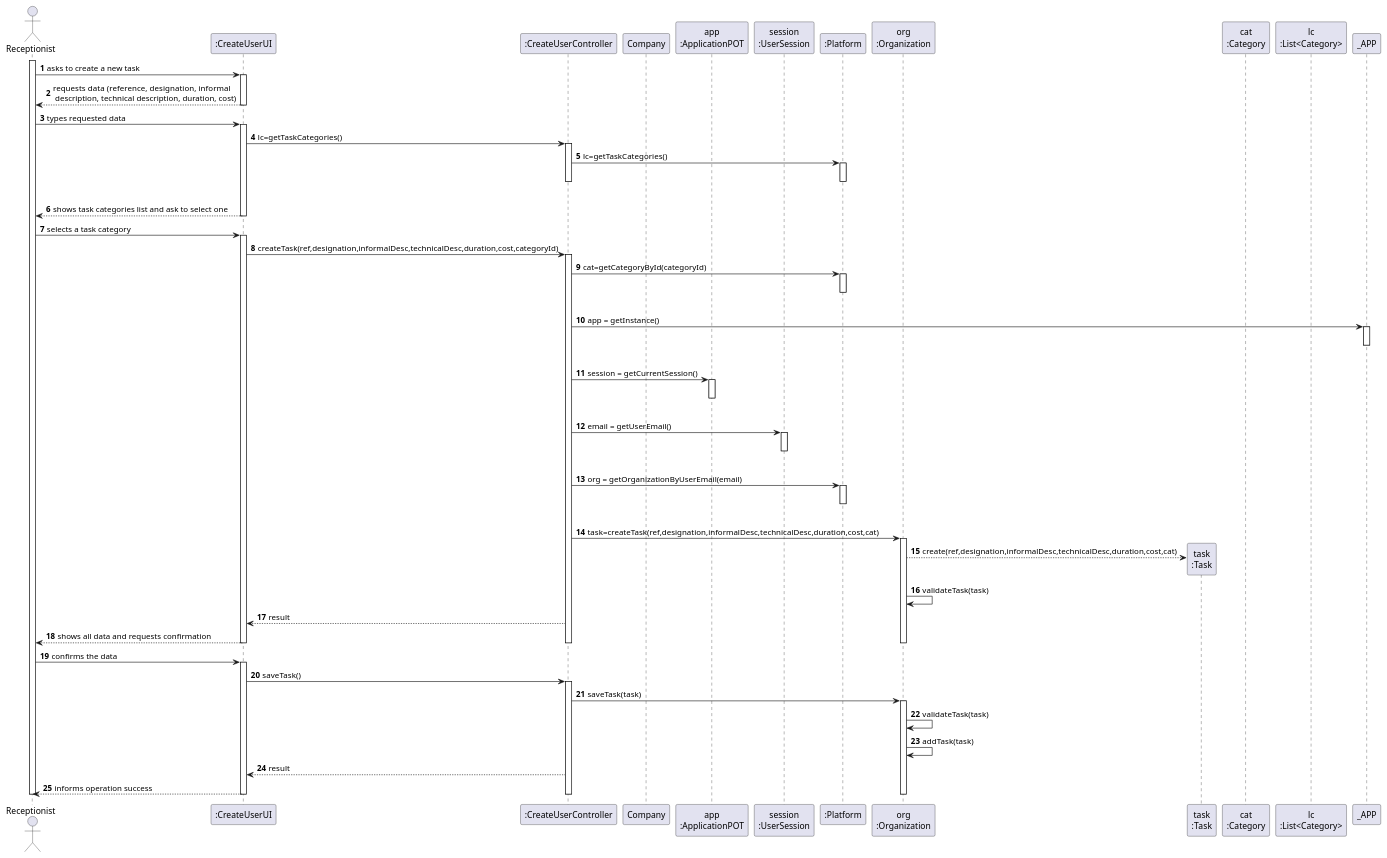
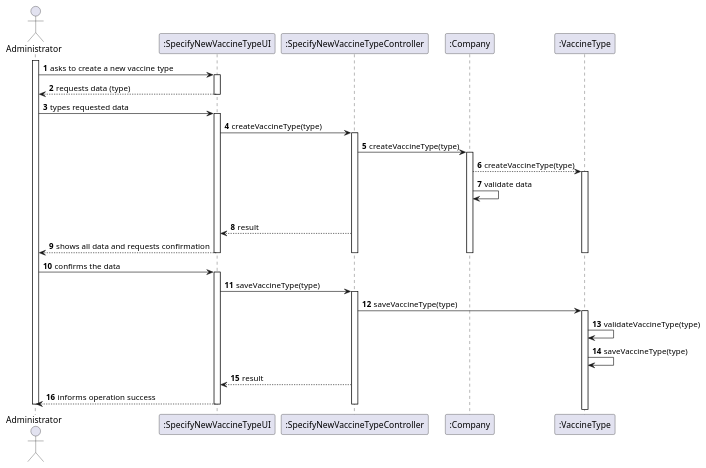
The diagram in docs/SprintB/US003/US003_SD.puml (Pirussa/lei-22-s2-1da-g02), drawn with PlantUML before and after one commit. The commit also changed 9 other files, not shown here.

```diff
--- a/docs/SprintB/US003/US003_SD.puml
+++ b/docs/SprintB/US003/US003_SD.puml
@@ -1,104 +1,58 @@
 @startuml
 autonumber
 'hide footbox
-actor "Receptionist" as ADM
+actor "Administrator" as A
 
-participant ":CreateUserUI" as UI
-participant ":CreateUserController" as CTRL
-participant "Company"
-participant "app\n:ApplicationPOT" as APP
-participant "session\n:UserSession" as SESSAO
-participant ":Platform" as PLAT
-participant "org\n:Organization" as ORG
-participant "task\n:Task" as TAREFA
-participant "cat\n:Category" as CAT
-participant "lc\n:List<Category>" as LIST_CAT
+participant ":SpecifyNewVaccineTypeUI" as UI
+participant ":SpecifyNewVaccineTypeController" as CTRL
+participant ":Company" as C
+participant ":VaccineType" as VT
 
-activate ADM
-ADM -> UI : asks to create a new task
+activate A
+A -> UI : asks to create a new vaccine type
 activate UI
-UI --> ADM : requests data (reference, designation,  informal \n description, technical description, duration, cost)
+UI --> A : requests data (type)
 deactivate UI
 
-ADM -> UI : types requested data
+A -> UI : types requested data
 activate UI
 
-UI -> CTRL : lc=getTaskCategories()
+UI -> CTRL : createVaccineType(type)
 activate CTRL
 
-CTRL -> PLAT : lc=getTaskCategories()
-activate PLAT
+CTRL -> C : createVaccineType(type)
+activate C
+C --> VT : createVaccineType(type)
+activate VT
+C -> C :  validate data
 |||
-deactivate PLAT
+CTRL --> UI : result
+
+UI --> A: shows all data and requests confirmation
+
+deactivate VT
+deactivate C
 deactivate CTRL
-
-UI --> ADM : shows task categories list and ask to select one
-deactivate PLAT
 deactivate UI
 
-ADM -> UI : selects a task category
+
+A -> UI : confirms the data
 activate UI
+UI -> CTRL : saveVaccineType(type)
+activate CTRL
+CTRL -> VT : saveVaccineType(type)
+activate VT
 
-UI -> CTRL : createTask(ref,designation,informalDesc,technicalDesc,duration,cost,categoryId)
-activate CTRL
 
-CTRL -> PLAT : cat=getCategoryById(categoryId)
-activate PLAT
-|||
-deactivate PLAT
-
-CTRL -> _APP: app = getInstance()
-activate _APP
-|||
-deactivate _APP
-
-CTRL -> APP: session = getCurrentSession()
-activate APP
-|||
-deactivate APP
-
-CTRL -> SESSAO: email = getUserEmail()
-activate SESSAO
-|||
-deactivate SESSAO
-
-CTRL -> PLAT: org = getOrganizationByUserEmail(email)
-activate PLAT
-|||
-deactivate PLAT
-
-CTRL -> ORG: task=createTask(ref,designation,informalDesc,technicalDesc,duration,cost,cat)
-activate ORG
-
-ORG --> TAREFA**: create(ref,designation,informalDesc,technicalDesc,duration,cost,cat)
-ORG -> ORG: validateTask(task)
+VT -> VT: validateVaccineType(type)
+VT -> VT: saveVaccineType(type)
 
 CTRL --> UI: result
 
-UI --> ADM: shows all data and requests confirmation
-deactivate ORG
-deactivate PLAT
+UI --> A : informs operation success
+
 deactivate CTRL
 deactivate UI
-
-ADM -> UI : confirms the data
-activate UI
-UI -> CTRL : saveTask()
-activate CTRL
-
-CTRL -> ORG : saveTask(task)
-activate ORG
-
-ORG -> ORG: validateTask(task)
-ORG -> ORG: addTask(task)
-
-CTRL --> UI: result
-
-UI --> ADM : informs operation success
-deactivate ORG
-deactivate CTRL
-deactivate UI
-
-deactivate ADM
+deactivate A
 
 @enduml
```
